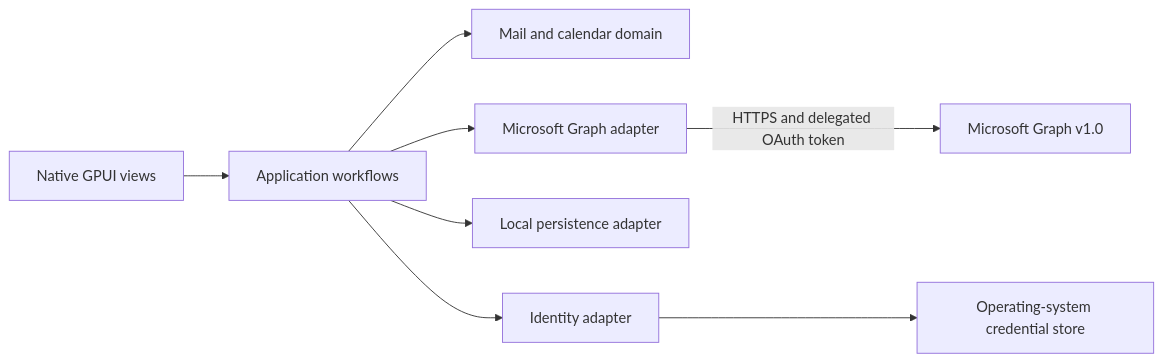
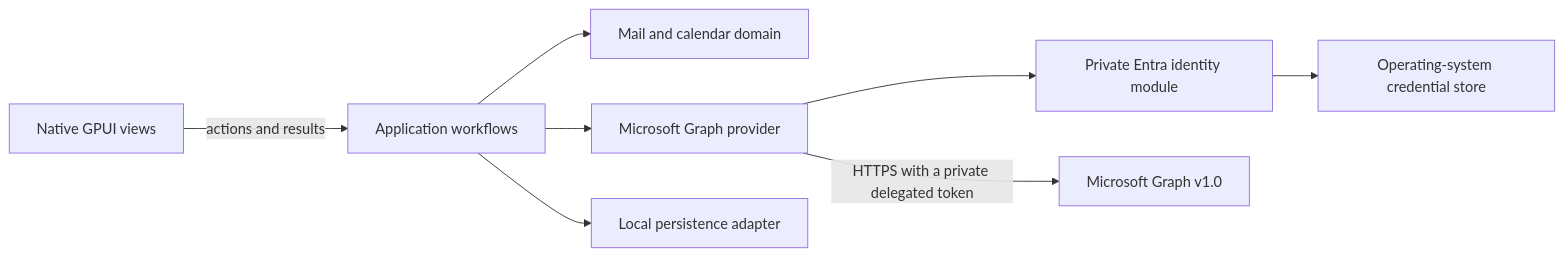
One commit to 1fach/einfach-mail changed the diagram in docs/architecture/system.md. Above: the diagram before and after it, drawn with Mermaid. The commit also changed other lines of this file and 44 other files, not shown here.

````diff
--- a/docs/architecture/system.md
+++ b/docs/architecture/system.md
@@ -7,10 +7,10 @@
 ```mermaid
 flowchart LR
-    View[Native GPUI views] --> App[Application workflows]
+    View[Native GPUI views] -->|actions and results| App[Application workflows]
     App --> Domain[Mail and calendar domain]
-    App --> Graph[Microsoft Graph adapter]
+    App --> Graph[Microsoft Graph provider]
     App --> Store[Local persistence adapter]
-    App --> Identity[Identity adapter]
+    Graph --> Identity[Private Entra identity module]
     Identity --> Vault[Operating-system credential store]
-    Graph -->|HTTPS and delegated OAuth token| MS[Microsoft Graph v1.0]
+    Graph -->|HTTPS with a private delegated token| MS[Microsoft Graph v1.0]
 ```
````
